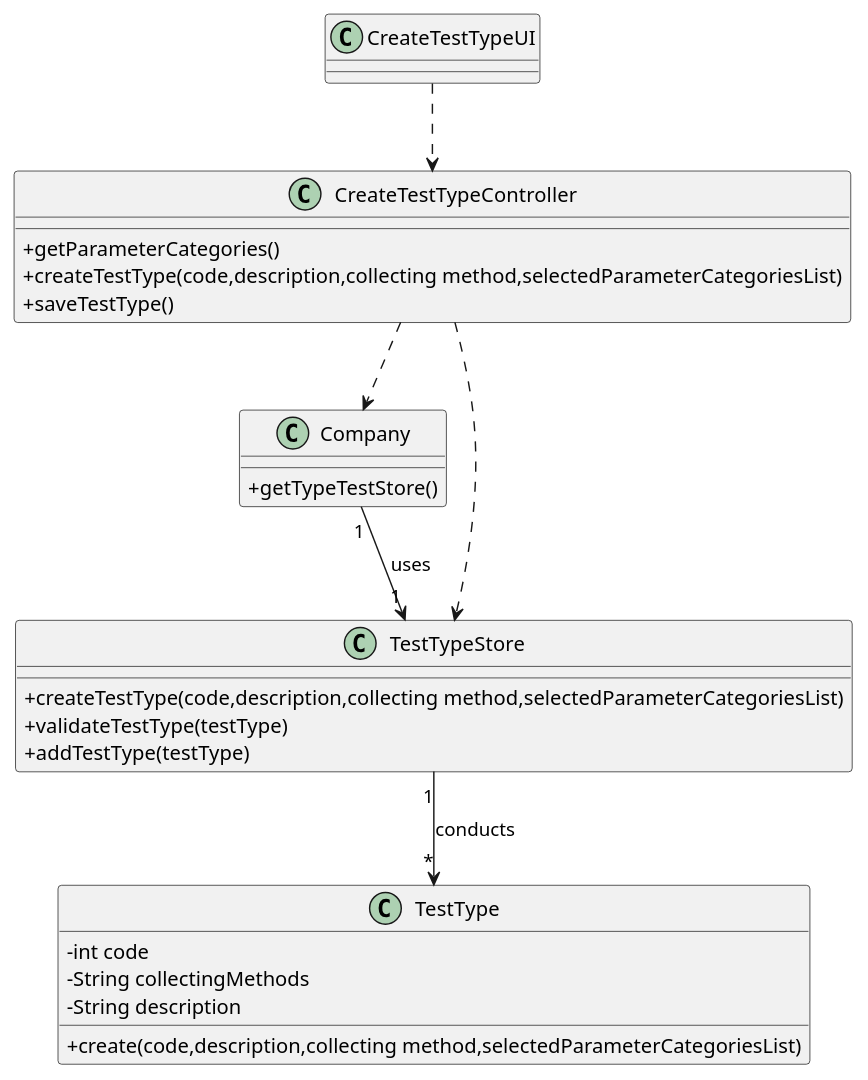
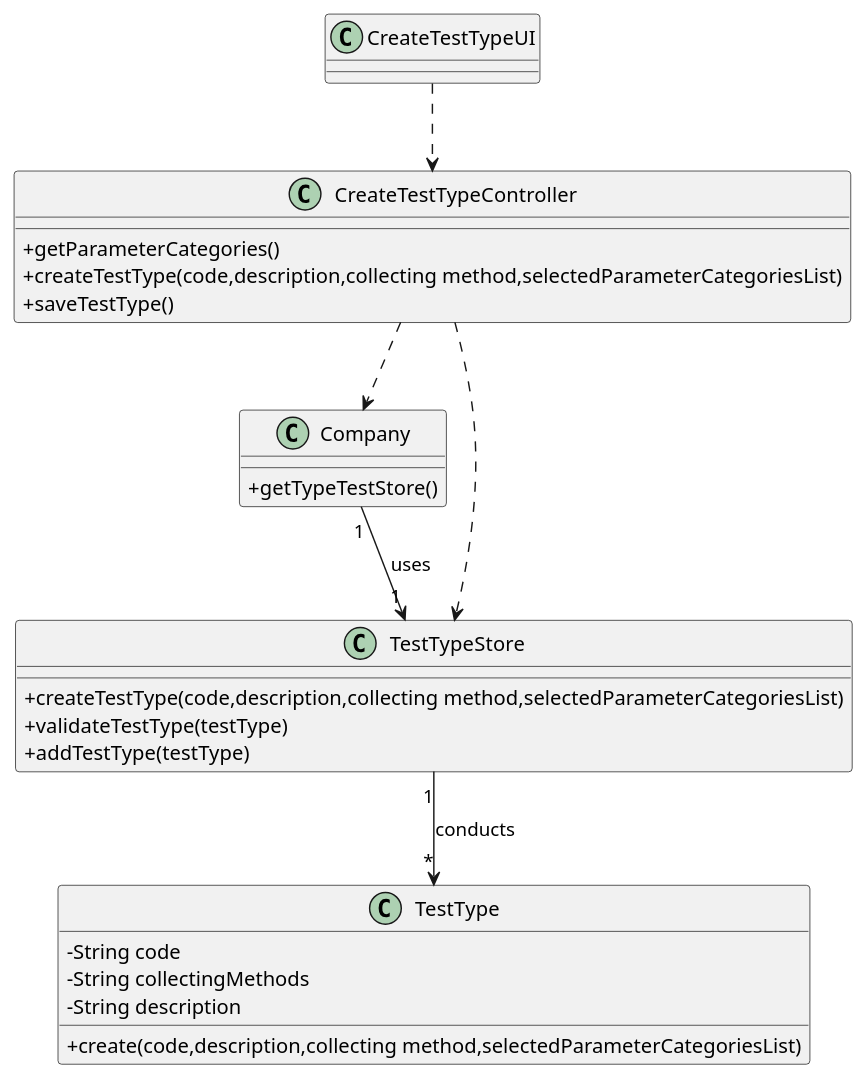
The diagram in docs/SprintB/US09/US09_CD.puml (manu-07-ela/LAPR2_ISEP), drawn with PlantUML before and after one commit. The commit also changed 2 other files, not shown here.

```diff
--- a/docs/SprintB/US09/US09_CD.puml
+++ b/docs/SprintB/US09/US09_CD.puml
@@ -1,36 +1,36 @@
 @startuml
 skinparam classAttributeIconSize 0
 
 class Company{
 +getTypeTestStore()
 }
 
 class CreateTestTypeUI{
 }
 
 class CreateTestTypeController{
 +getParameterCategories()
 +createTestType(code,description,collecting method,selectedParameterCategoriesList)
 +saveTestType()
 }
 
 class TestType{
--int code
+-String code
 -String collectingMethods
 -String description
 +create(code,description,collecting method,selectedParameterCategoriesList)
 }
 
 class TestTypeStore{
 +createTestType(code,description,collecting method,selectedParameterCategoriesList)
 +validateTestType(testType)
 +addTestType(testType)
 }
 
 CreateTestTypeUI ..> CreateTestTypeController
 CreateTestTypeController ..> Company
 CreateTestTypeController ..> TestTypeStore
 Company"1"--> "1" TestTypeStore : uses
 TestTypeStore "1"-->"*" TestType : conducts
 
 @enduml
```
